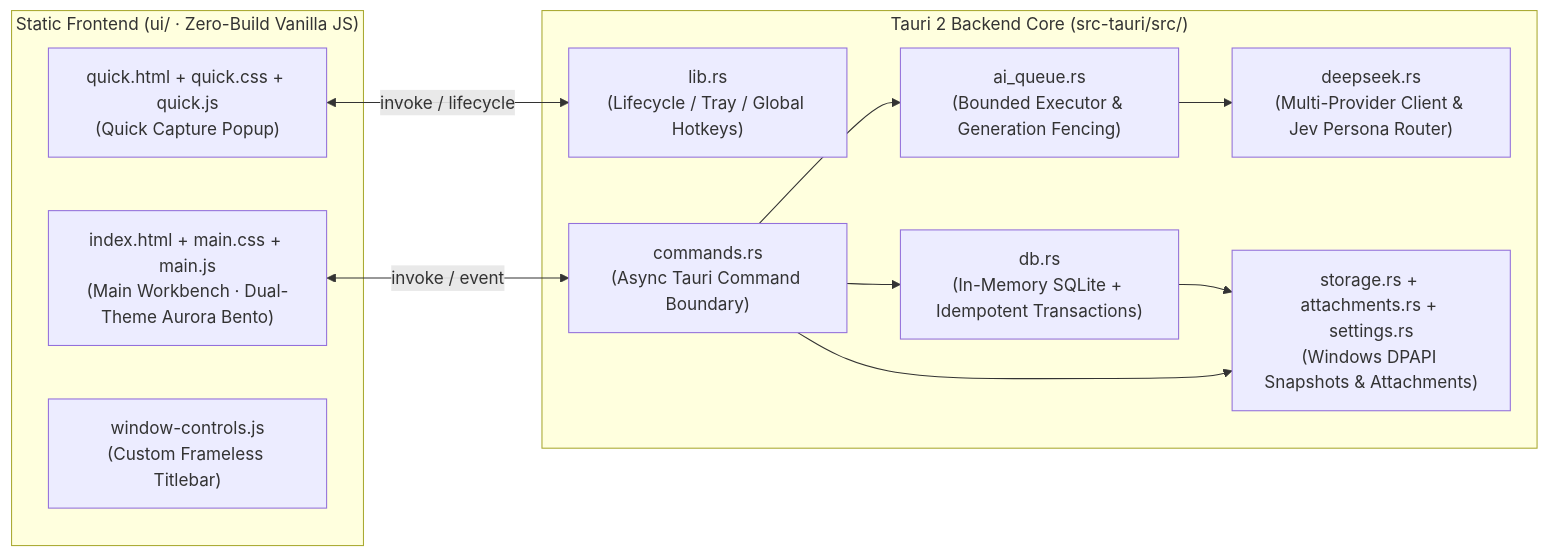
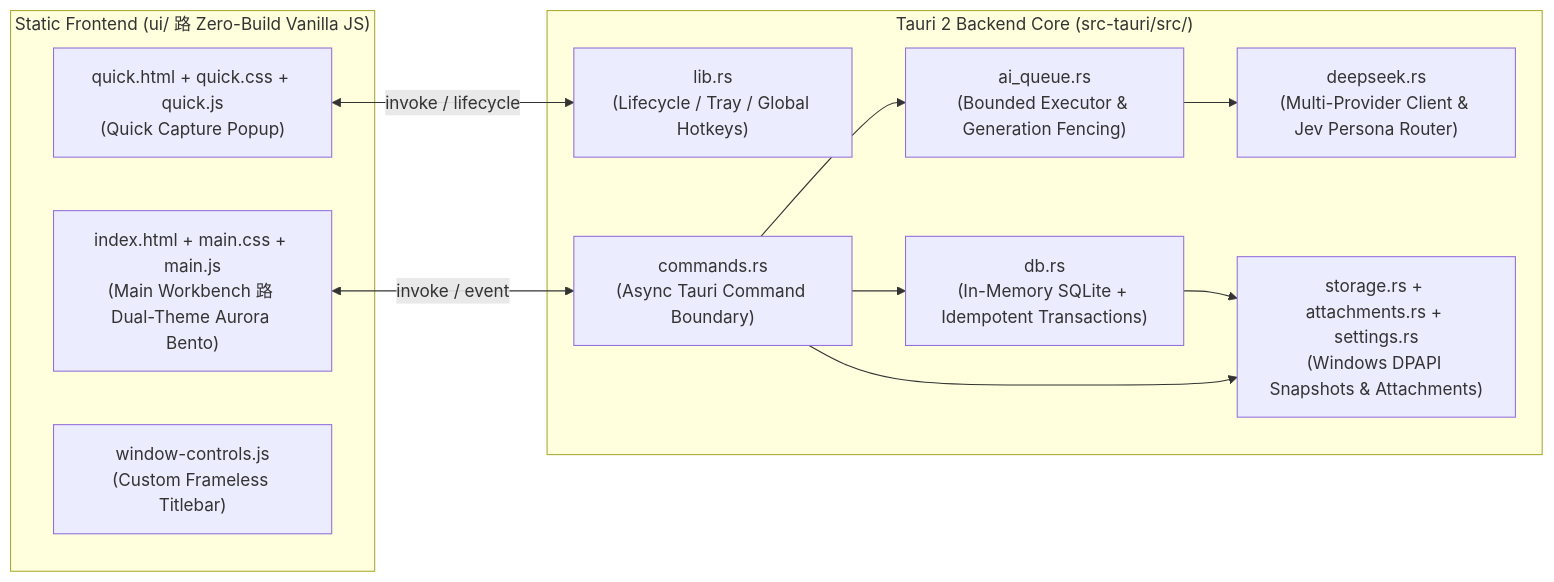
Before and after one commit to callme707/task_vault: the diagram in README_EN.md, drawn with Mermaid. The commit also changed other lines of this file and 18 other files, not shown here.

````diff
--- a/README_EN.md
+++ b/README_EN.md
@@ -96,25 +96,25 @@
 ```mermaid
 flowchart LR
-  subgraph Frontend["Static Frontend (ui/ · Zero-Build Vanilla JS)"]
-    MainUI["index.html + main.css + main.js<br/>(Main Workbench · Dual-Theme Aurora Bento)"]
+  subgraph Frontend["Static Frontend (ui/ 路 Zero-Build Vanilla JS)"]
+    MainUI["index.html + main.css + main.js<br/>(Main Workbench 路 Dual-Theme Aurora Bento)"]
     QuickUI["quick.html + quick.css + quick.js<br/>(Quick Capture Popup)"]
     WinCtrl["window-controls.js<br/>(Custom Frameless Titlebar)"]
   end
 
   subgraph Backend["Tauri 2 Backend Core (src-tauri/src/)"]
     Lib["lib.rs<br/>(Lifecycle / Tray / Global Hotkeys)"]
     Cmd["commands.rs<br/>(Async Tauri Command Boundary)"]
     Queue["ai_queue.rs<br/>(Bounded Executor & Generation Fencing)"]
     LLM["deepseek.rs<br/>(Multi-Provider Client & Jev Persona Router)"]
     DB["db.rs<br/>(In-Memory SQLite + Idempotent Transactions)"]
     Vault["storage.rs + attachments.rs + settings.rs<br/>(Windows DPAPI Snapshots & Attachments)"]
   end
 
   MainUI <-->|"invoke / event"| Cmd
   QuickUI <-->|"invoke / lifecycle"| Lib
   Cmd --> DB
   Cmd --> Queue
   Queue --> LLM
   DB --> Vault
   Cmd --> Vault
 ```
````
